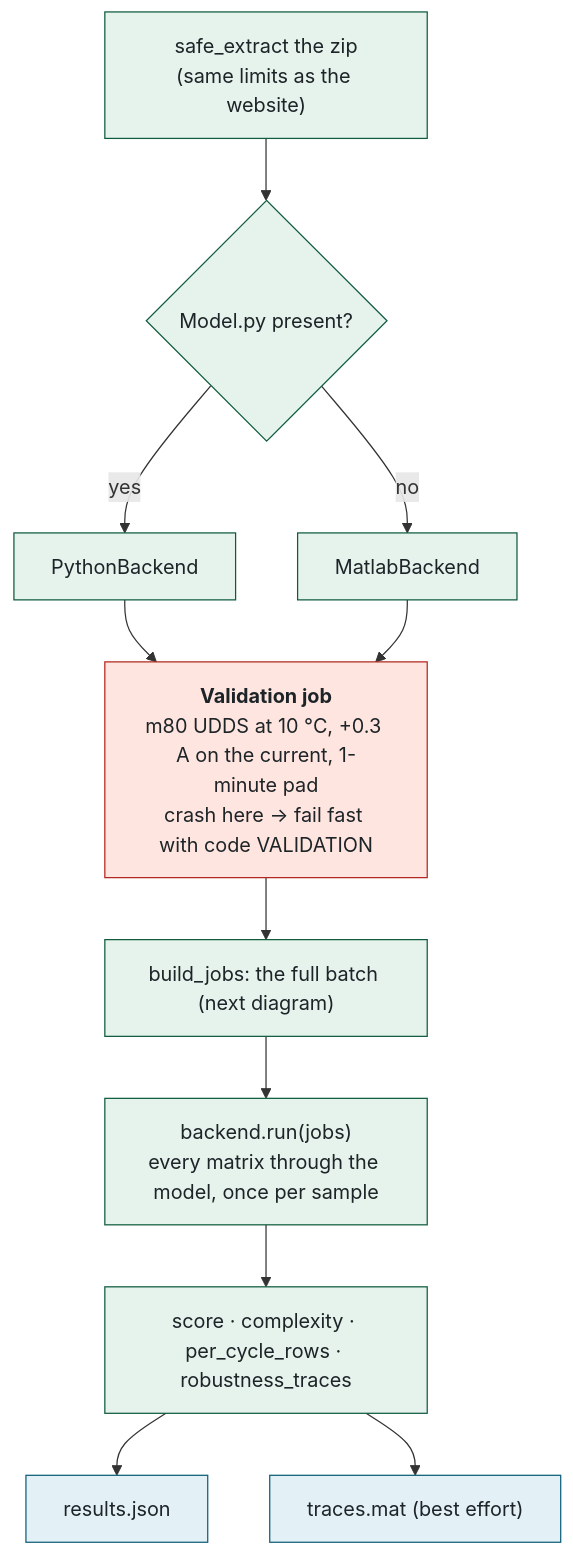
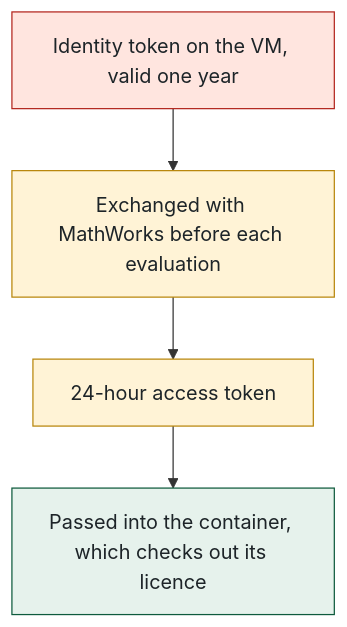
Before and after one commit to McMaster-Battery-Research-Group/battery-soc-benchmark: diagram 15 of 15 in docs/walkthrough/ALL-IN-ONE.md, drawn with Mermaid. The commit also changed other lines of this file and 53 other files, not shown here.

Commit message:
Walkthrough: rewritten shorter and plainer — 12 parts, 15 flat diagrams, glossary and reference tables at the back, no icons

````diff
--- a/docs/walkthrough/ALL-IN-ONE.md
+++ b/docs/walkthrough/ALL-IN-ONE.md
@@ -646,19 +464,12 @@
 ```mermaid
 flowchart TB
-    A["safe_extract the zip<br/>(same limits as the website)"] --> B{"Model.py present?"}
-    B -- yes --> PB["PythonBackend"]
-    B -- no --> MB["MatlabBackend"]
-    PB --> V
-    MB --> V["<b>Validation job</b><br/>m80 UDDS at 10 °C, +0.3 A on the current, 1-minute pad<br/>crash here → fail fast with code VALIDATION"]
-    V --> J["build_jobs: the full batch (next diagram)"]
-    J --> R["backend.run(jobs)<br/>every matrix through the model, once per sample"]
-    R --> S["score · complexity · per_cycle_rows · robustness_traces"]
-    S --> O["results.json"]
-    S --> O2["traces.mat (best effort)"]
+    T["Identity token on the VM, valid one year"] --> X["Exchanged with MathWorks before each evaluation"]
+    X --> D["24-hour access token"]
+    D --> C["Passed into the container, which checks out its licence"]
+    classDef danger fill:#FFE5DF,stroke:#B3261E,color:#1d2428
+    classDef worker fill:#FFF3D6,stroke:#B8860B,color:#1d2428
     classDef sandbox fill:#E6F2EC,stroke:#0E5B3D,color:#1d2428
-    classDef danger fill:#FFE5DF,stroke:#B3261E,color:#1d2428
-    classDef data fill:#E3F0F5,stroke:#0D5D78,color:#1d2428
-    class A,B,PB,MB,J,R,S sandbox
-    class V danger
-    class O,O2 data
+    class T danger
+    class X,D worker
+    class C sandbox
 ```
````
